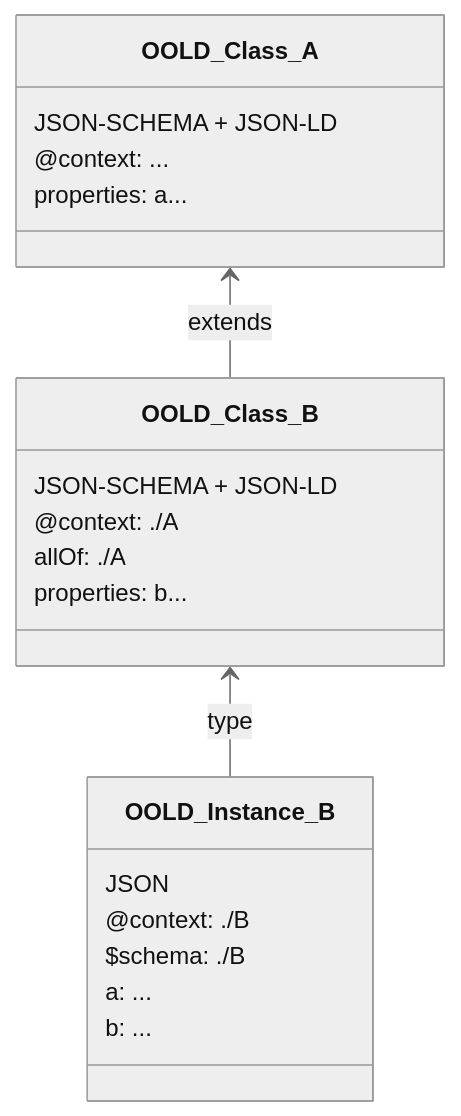
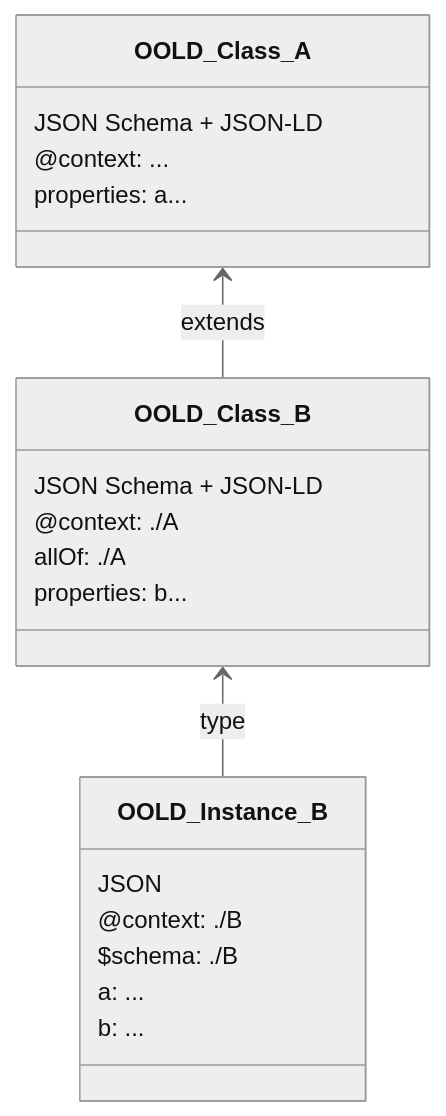
One commit to OO-LD/schema changed the diagram in README.md. Above: the diagram before and after it, drawn with Mermaid. The commit also changed other lines of this file, not shown here.

First line of the commit message:
Fix: cosmetics, spelling mistakes, Use of "JSON-SCHEMA" instead of "JSON Schema" deviating from the documentation of said standard (#53)

````diff
--- a/README.md
+++ b/README.md
@@ -131,28 +136,28 @@
 ```mermaid
 %%{init: {'theme': 'neutral' } }%%
 classDiagram
     class OOLD_Class_A {
-        JSON-SCHEMA + JSON-LD
+        JSON Schema + JSON-LD
         @context: ...
         properties: a...
     }
 
     class OOLD_Class_B {
-        JSON-SCHEMA + JSON-LD
+        JSON Schema + JSON-LD
         @context: ./A
         allOf: ./A
         properties: b...
     }
 
     class OOLD_Instance_B {
         JSON
         @context: ./B
         $schema: ./B
         a: ...
         b: ...
     }
 
     OOLD_Class_A <-- OOLD_Class_B: extends
 
     OOLD_Class_B <-- OOLD_Instance_B: type
 ```
````
